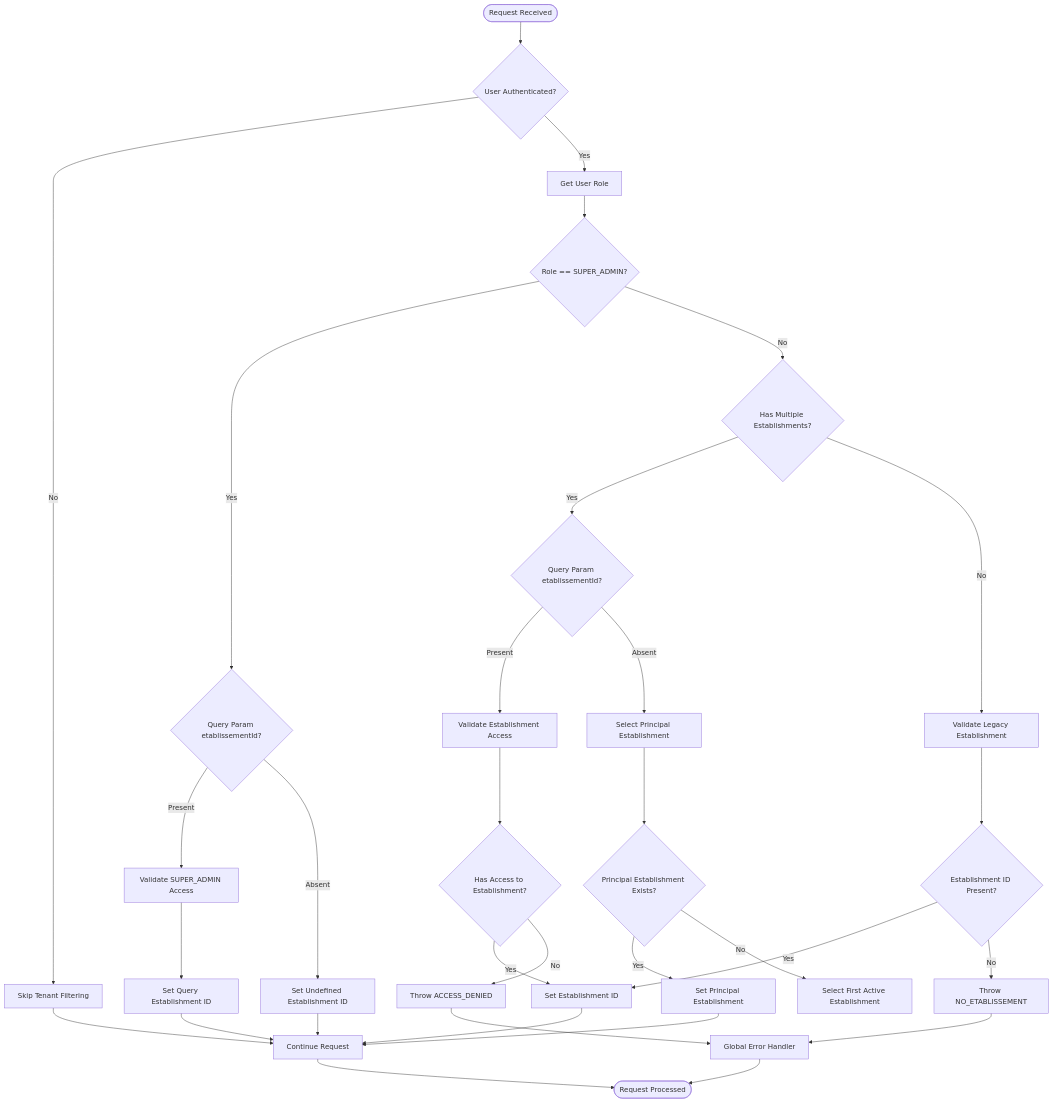
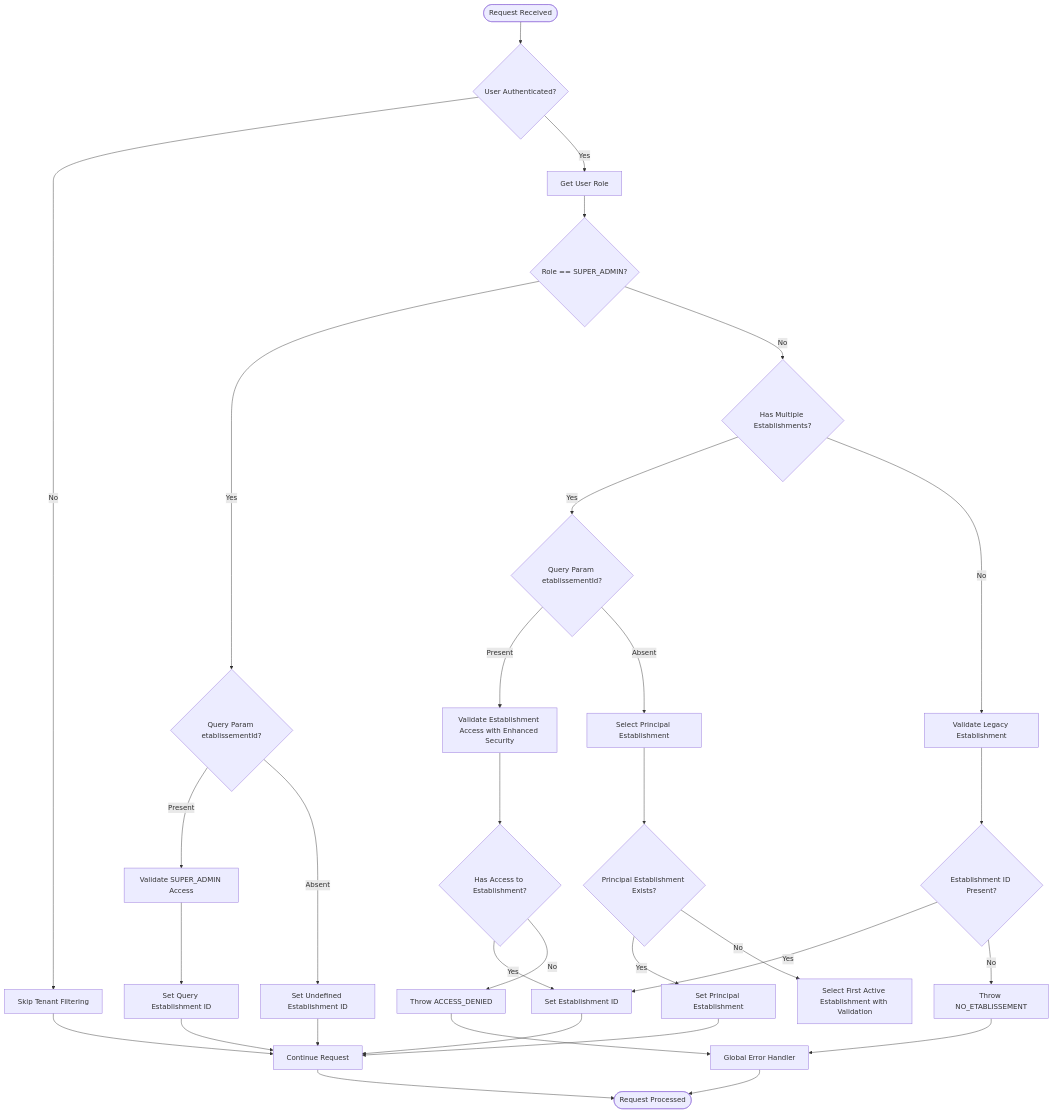
One commit to franckylab/eLISAschool changed the third of 6 diagrams in .qoder/repowiki/en/content/Modules & Features/Administrative Modules/Security & Governance/Tenant Middleware.md. Above: the diagram before and after it, drawn with Mermaid. The commit also changed other lines of this file and 84 other files, not shown here.

````diff
--- a/.qoder/repowiki/en/content/Modules & Features/Administrative Modules/Security & Governance/Tenant Middleware.md
+++ b/.qoder/repowiki/en/content/Modules & Features/Administrative Modules/Security & Governance/Tenant Middleware.md
@@ -205,34 +251,34 @@
 ```mermaid
 flowchart TD
 Start([Request Received]) --> CheckAuth{User Authenticated?}
 CheckAuth --> |No| SkipTenant[Skip Tenant Filtering]
 CheckAuth --> |Yes| GetRole[Get User Role]
 GetRole --> CheckSuperAdmin{Role == SUPER_ADMIN?}
 CheckSuperAdmin --> |Yes| CheckQueryParam{Query Param etablissementId?}
 CheckSuperAdmin --> |No| CheckMultiEstablishments{Has Multiple Establishments?}
 CheckQueryParam --> |Present| ValidateSuperAdminAccess[Validate SUPER_ADMIN Access]
 CheckQueryParam --> |Absent| SetUndefined[Set Undefined Establishment ID]
 ValidateSuperAdminAccess --> SetQueryEstablishment[Set Query Establishment ID]
 CheckMultiEstablishments --> |Yes| CheckRequestedId{Query Param etablissementId?}
 CheckMultiEstablishments --> |No| ValidateLegacyEstablishment[Validate Legacy Establishment]
-CheckRequestedId --> |Present| ValidateEstablishmentAccess[Validate Establishment Access]
+CheckRequestedId --> |Present| ValidateEstablishmentAccess[Validate Establishment Access with Enhanced Security]
 CheckRequestedId --> |Absent| SelectPrincipalEstablishment[Select Principal Establishment]
 ValidateEstablishmentAccess --> HasAccess{Has Access to Establishment?}
 HasAccess --> |Yes| SetEstablishment[Set Establishment ID]
 HasAccess --> |No| ThrowAccessDenied[Throw ACCESS_DENIED]
 SelectPrincipalEstablishment --> HasPrincipal{Principal Establishment Exists?}
 HasPrincipal --> |Yes| SetPrincipal[Set Principal Establishment]
-HasPrincipal --> |No| SelectFirstActive[Select First Active Establishment]
+HasPrincipal --> |No| SelectFirstActive[Select First Active Establishment with Validation]
 ValidateLegacyEstablishment --> HasEstablishment{Establishment ID Present?}
 HasEstablishment --> |Yes| SetEstablishment
 HasEstablishment --> |No| ThrowNoEstablishment[Throw NO_ETABLISSEMENT]
 SetQueryEstablishment --> Continue[Continue Request]
-SetUndefined --> Continue
-SetPrincipal --> Continue
-SetEstablishment --> Continue
-SkipTenant --> Continue
+SetUndefined --> Continue[Continue Request]
+SetPrincipal --> Continue[Continue Request]
+SetEstablishment --> Continue[Continue Request]
+SkipTenant --> Continue[Continue Request]
 ThrowAccessDenied --> ErrorHandler[Global Error Handler]
 ThrowNoEstablishment --> ErrorHandler
 Continue --> End([Request Processed])
 ErrorHandler --> End
 ```
````
